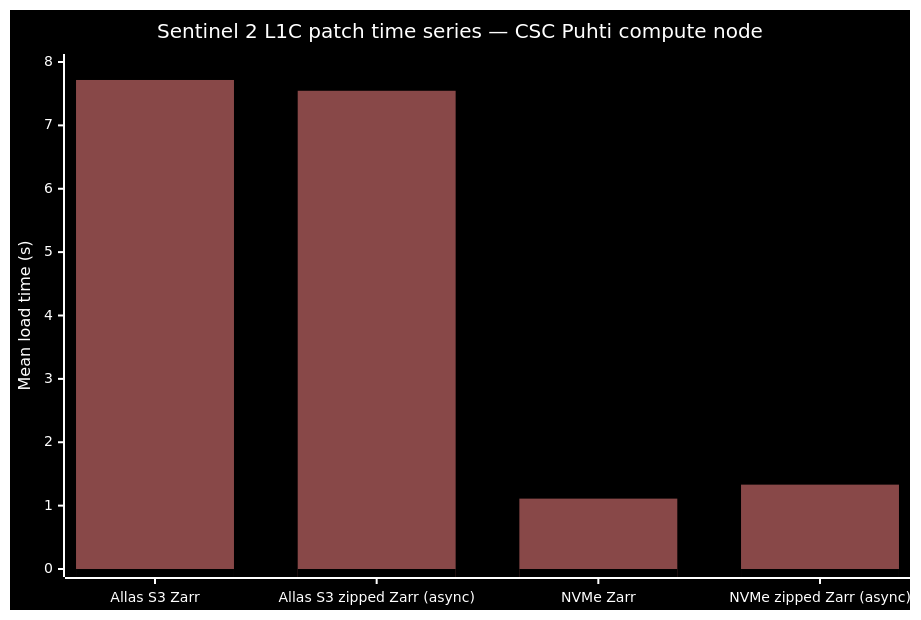
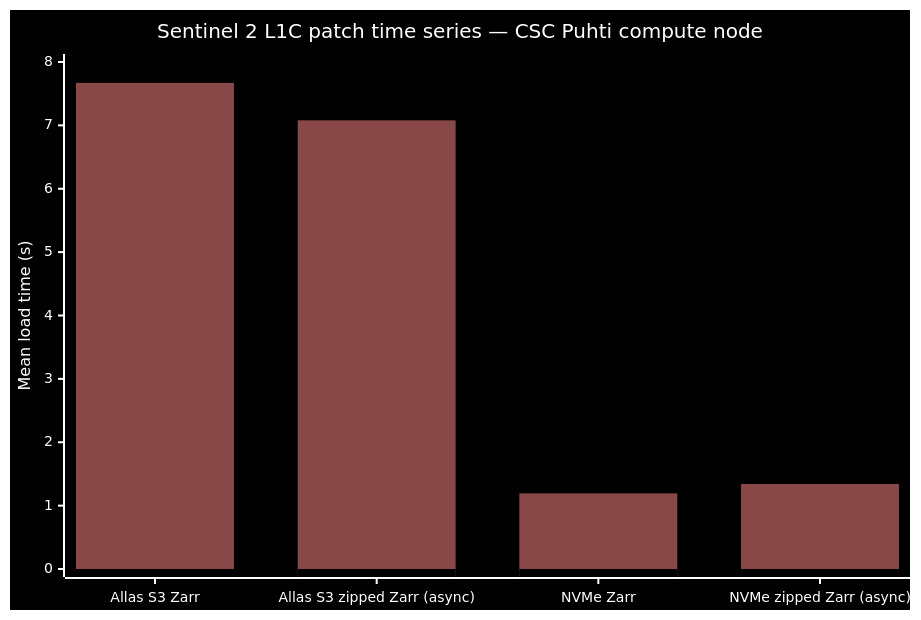
One commit to hamk-uas/datacube-storage-lab changed the eighth of 8 diagrams in README.md. Above: the diagram before and after it, drawn with Mermaid. The commit also changed other lines of this file, not shown here.

````diff
--- a/README.md
+++ b/README.md
@@ -733,27 +735,27 @@
 ```mermaid
 ---
 config:
     xyChart:
         width: 900
         height: 600
     themeVariables:
         xyChart:
             backgroundColor: "#000"
             titleColor: "#fff"
             xAxisLabelColor: "#fff"
             xAxisTitleColor: "#fff"
             xAxisTickColor: "#fff"
             xAxisLineColor: "#fff"
             yAxisLabelColor: "#fff"
             yAxisTitleColor: "#fff"
             yAxisTickColor: "#fff"
             yAxisLineColor: "#fff"
             plotColorPalette: "#f888, #000"
 ---
 xychart-beta
     title "Sentinel 2 L1C patch time series — CSC Puhti compute node"
     x-axis ["Allas S3 Zarr", "Allas S3 zipped Zarr (async)", "NVMe Zarr", "NVMe zipped Zarr (async)"]
     y-axis "Mean load time (s)" 0 --> 8
-    bar [7.716204173564911, 7.546070046424866, 1.1104609894752502, 1.3312029433250427]
+    bar [7.670729303359986, 7.079422011375427, 1.1930245089530944, 1.3410639023780824]
     bar [0, 0, 0, 0]
 ```
````
